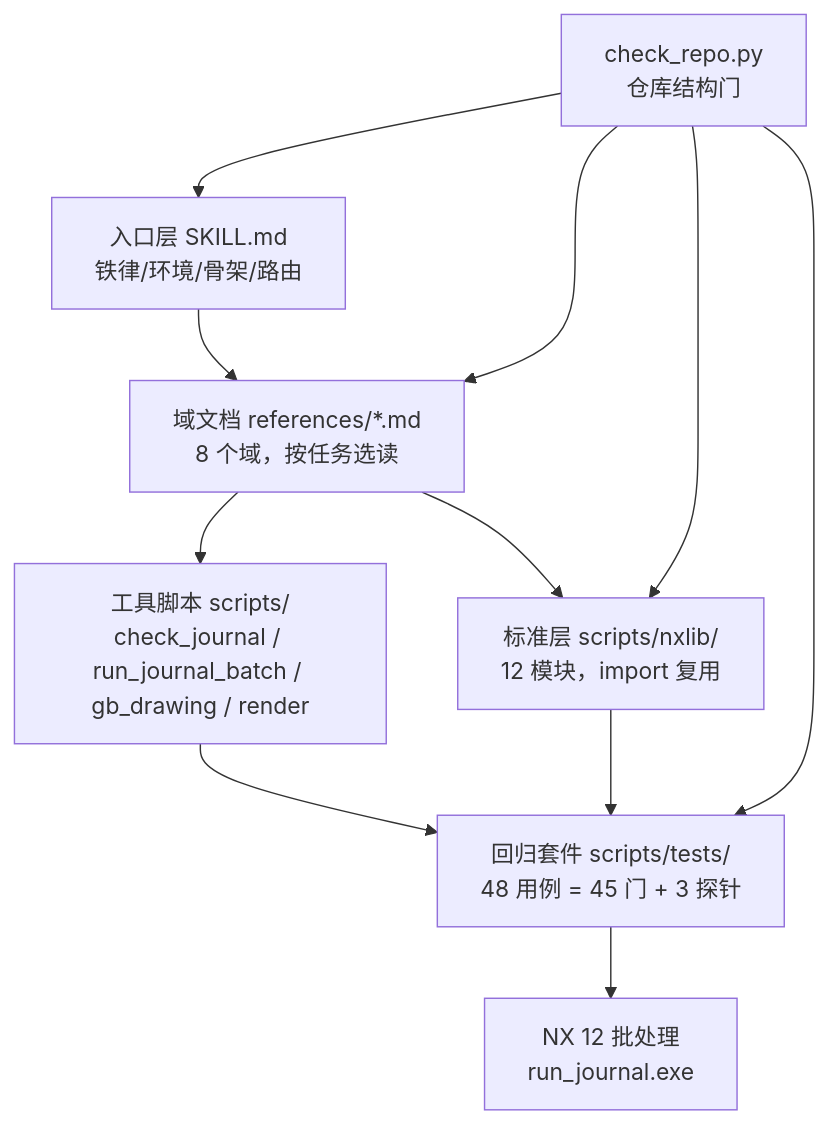
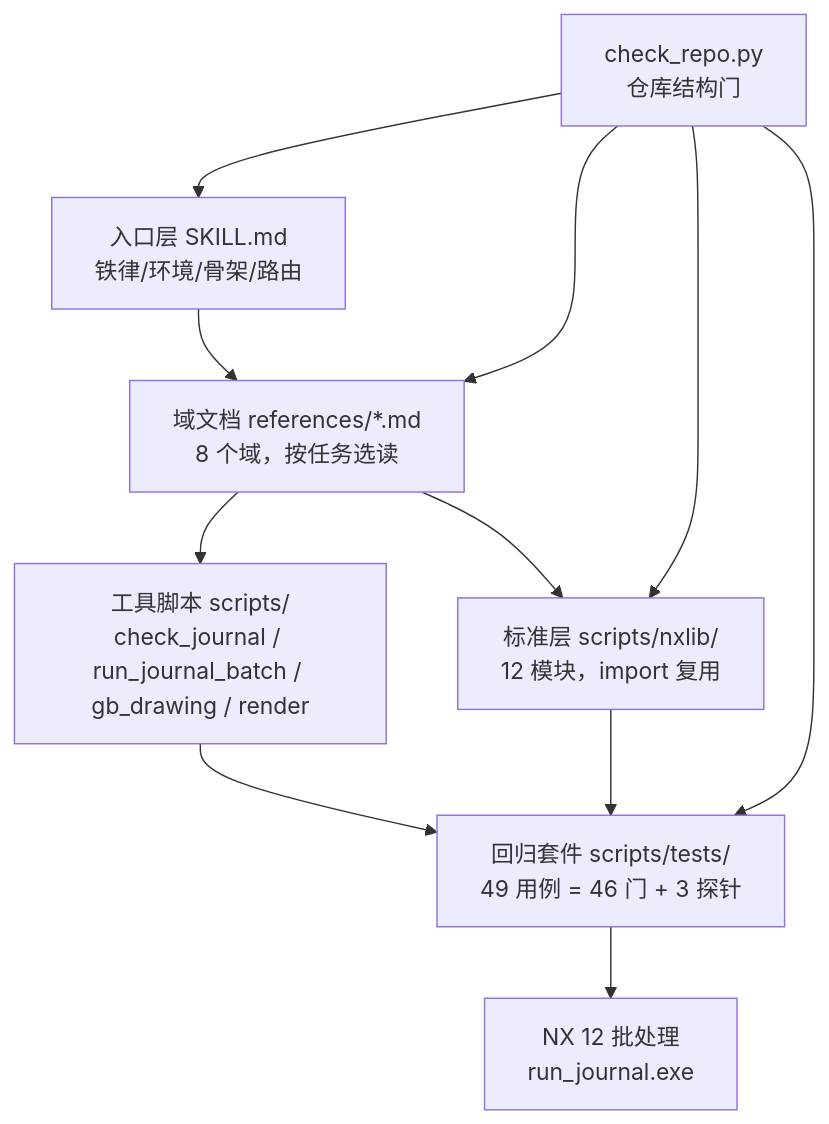
The diagram in docs/wiki/01-architecture.md (EVOL233awa/nxopen-journal), drawn with Mermaid before and after one commit. The commit also changed other lines of this file and 14 other files, not shown here.

First line of the commit message:
inference: structure table from measurement (face graph, bands, hole chains), test 49

````diff
--- a/docs/wiki/01-architecture.md
+++ b/docs/wiki/01-architecture.md
@@ -9,13 +9,13 @@
 ```mermaid
 graph TD
   A["入口层 SKILL.md<br>铁律/环境/骨架/路由"] --> B["域文档 references/*.md<br>8 个域，按任务选读"]
   B --> C["工具脚本 scripts/<br>check_journal / run_journal_batch / gb_drawing / render"]
   B --> D["标准层 scripts/nxlib/<br>12 模块，import 复用"]
-  C --> E["回归套件 scripts/tests/<br>48 用例 = 45 门 + 3 探针"]
+  C --> E["回归套件 scripts/tests/<br>49 用例 = 46 门 + 3 探针"]
   D --> E
   E --> F["NX 12 批处理<br>run_journal.exe"]
   G["check_repo.py<br>仓库结构门"] --> A
   G --> B
   G --> D
   G --> E
 ```
````
